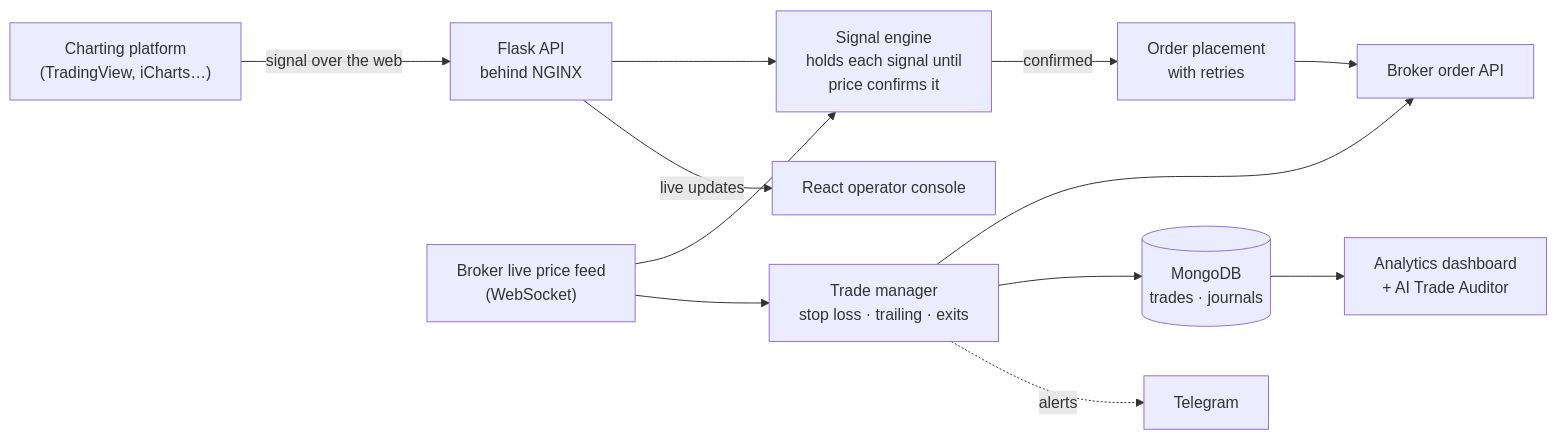
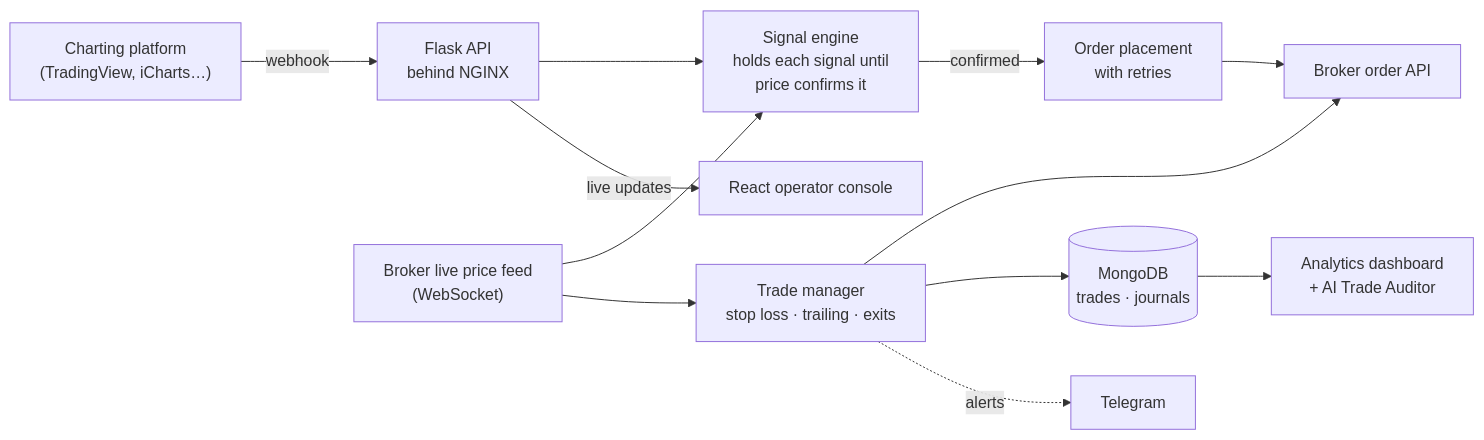
The diagram in README.md (amitkaswani/scalping-engine-architecture), drawn with Mermaid before and after one commit. The commit also changed other lines of this file and 1 other file, not shown here.

Commit message:
Add scan-wide, accept-narrow design and chart-side extensions; name webhooks

````diff
--- a/README.md
+++ b/README.md
@@ -60,14 +99,14 @@
 ```mermaid
 flowchart LR
-    CH["Charting platform<br/>(TradingView, iCharts…)"] -- "signal over the web" --> API["Flask API<br/>behind NGINX"]
+    CH["Charting platform<br/>(TradingView, iCharts…)"] -- "webhook" --> API["Flask API<br/>behind NGINX"]
     API --> SE["Signal engine<br/>holds each signal until<br/>price confirms it"]
     FEED["Broker live price feed<br/>(WebSocket)"] --> SE
     FEED --> TM["Trade manager<br/>stop loss · trailing · exits"]
     SE -- "confirmed" --> OR["Order placement<br/>with retries"]
     OR --> BRK["Broker order API"]
     TM --> BRK
     TM --> DB[("MongoDB<br/>trades · journals")]
     API -- "live updates" --> UI["React operator console"]
     DB --> DASH["Analytics dashboard<br/>+ AI Trade Auditor"]
     TM -. alerts .-> TG["Telegram"]
 ```
````
